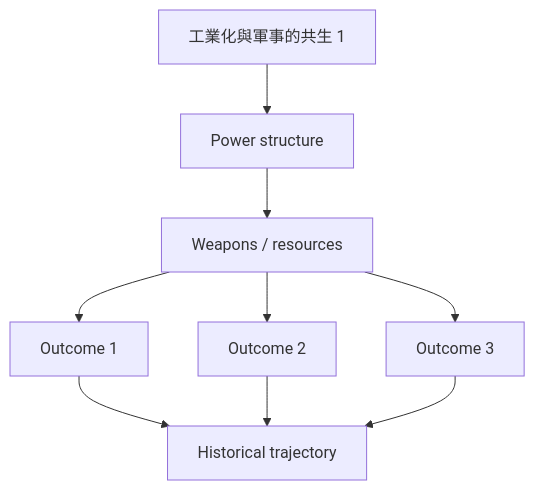
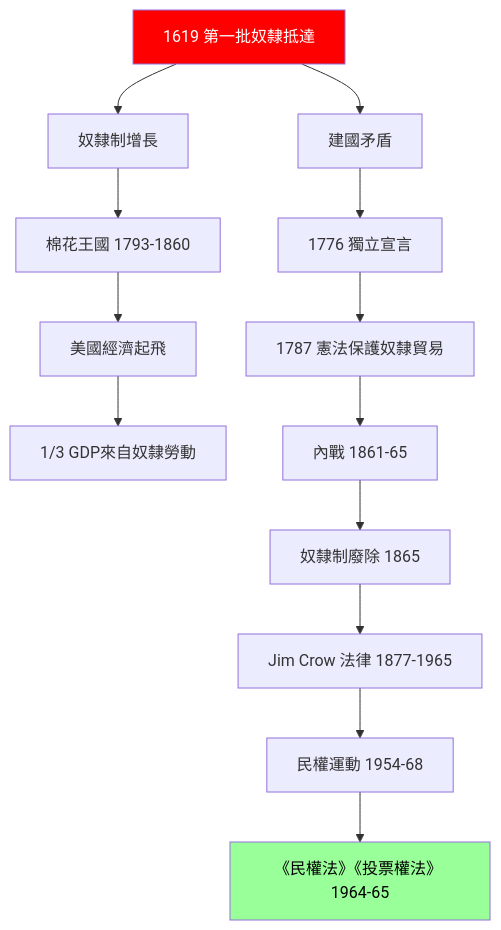
One commit to yip-lgtm/HKU-Harvard-History-Self-Study changed the second of 10 diagrams in 01_HKU_Courses/HIST1025_Introduction_to_the_United_States.md. Above: the diagram before and after it, drawn with Mermaid. The commit also changed other lines of this file and 48 other files, not shown here.

````diff
--- a/01_HKU_Courses/HIST1025_Introduction_to_the_United_States.md
+++ b/01_HKU_Courses/HIST1025_Introduction_to_the_United_States.md
@@ -140,11 +202,20 @@
 ```mermaid
-graph TD
-    A[工業化與軍事的共生 1] --> B[Power structure]
-    B --> C[Weapons / resources]
-    C --> D[Outcome 1]
-    C --> E[Outcome 2]
-    C --> F[Outcome 3]
-    D --> G[Historical trajectory]
-    E --> G
-    F --> G
+flowchart TD
+    A[1619 第一批奴隸抵達] --> B[奴隸制增長]
+    B --> C[棉花王國 1793-1860]
+    C --> D[美國經濟起飛]
+    D --> E[1/3 GDP來自奴隸勞動]
+    
+    A --> F[建國矛盾]
+    F --> G[1776 獨立宣言]
+    G --> H[1787 憲法保護奴隸貿易]
+    
+    H --> I[內戰 1861-65]
+    I --> J[奴隸制廢除 1865]
+    J --> K[Jim Crow 法律 1877-1965]
+    K --> L[民權運動 1954-68]
+    L --> M[《民權法》《投票權法》 1964-65]
+    
+    style A fill:#f00,color:#fff
+    style M fill:#9f9,color:#000
 ```
````
